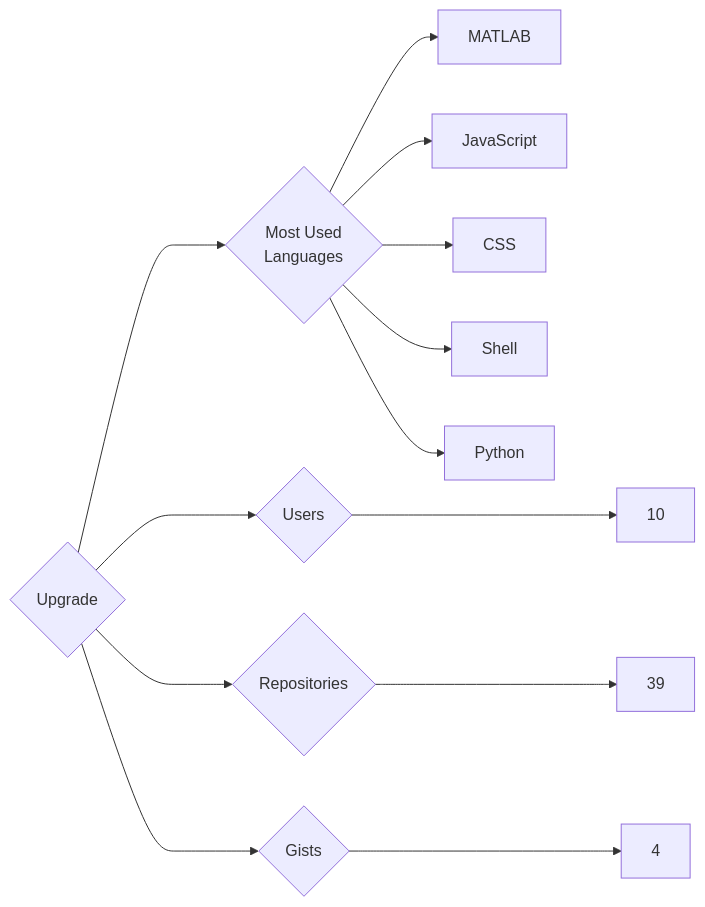
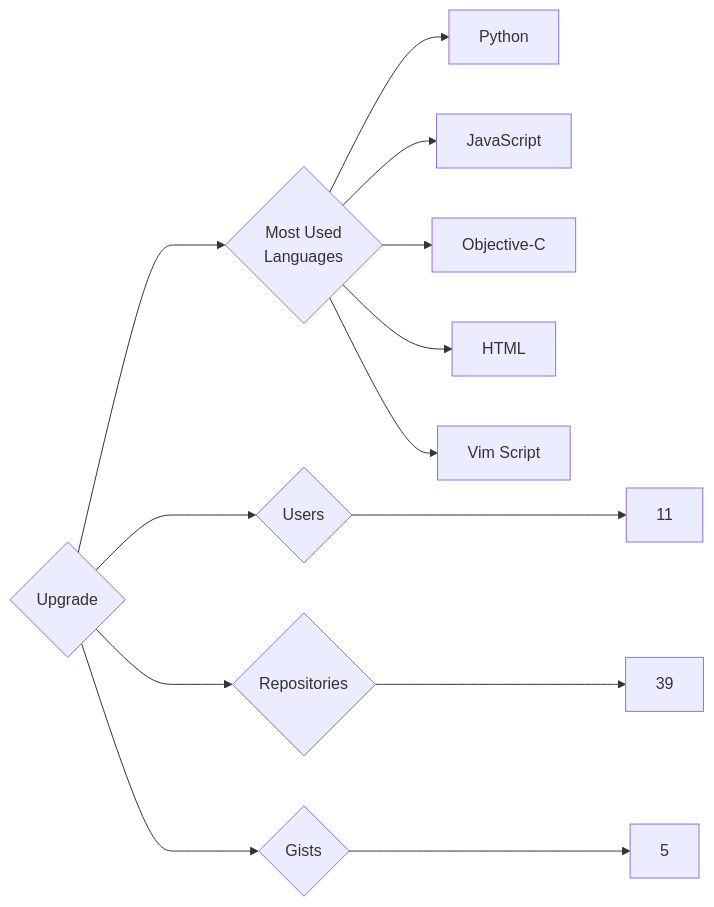
Before and after one commit to trickest/insiders: the diagram in targets/Upgrade/README.md, drawn with Mermaid. The commit also changed 1508 other files, not shown here.

````diff
--- a/targets/Upgrade/README.md
+++ b/targets/Upgrade/README.md
@@ -3,13 +3,13 @@
 ```mermaid
 graph LR
 COMPANY_NAME{Upgrade}
-COMPANY_NAME ---> U{Users} ---> UN[10]
+COMPANY_NAME ---> U{Users} ---> UN[11]
 COMPANY_NAME ---> R{Repositories} ---> RN[39]
-COMPANY_NAME ---> G{Gists} ---> GN[4]
+COMPANY_NAME ---> G{Gists} ---> GN[5]
 COMPANY_NAME ---> ML{Most Used<br>Languages}
-ML --> MATLAB[MATLAB]
+ML --> Python[Python]
 ML --> JavaScript[JavaScript]
-ML --> CSS[CSS]
-ML --> Shell[Shell]
-ML --> Python[Python]
+ML --> Objective-C[Objective-C]
+ML --> HTML[HTML]
+ML --> Vim_Script[Vim Script]
 ```
````
